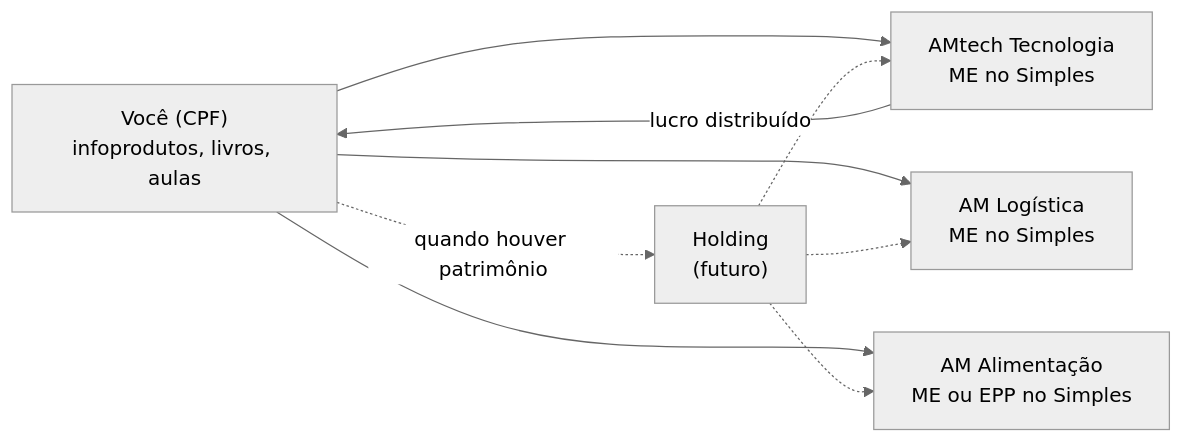
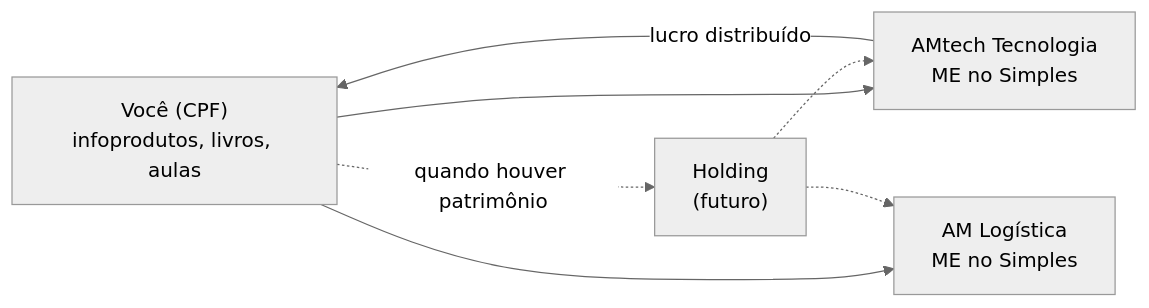
The diagram in docs/negocios/00-estrutura-e-ordem.md (AlanMateus17/dev-setup), drawn with Mermaid (neutral theme) before and after one commit. The commit also changed other lines of this file and 50 other files, not shown here.

````diff
--- a/docs/negocios/00-estrutura-e-ordem.md
+++ b/docs/negocios/00-estrutura-e-ordem.md
@@ -23,11 +22,9 @@
 ```mermaid
 flowchart LR
   CPF["Você (CPF)<br/>infoprodutos, livros, aulas"] --> A["AMtech Tecnologia<br/>ME no Simples"]
   A -->|"lucro distribuído"| CPF
   CPF --> B["AM Logística<br/>ME no Simples"]
-  CPF --> C["AM Alimentação<br/>ME ou EPP no Simples"]
   CPF -.->|"quando houver patrimônio"| H["Holding<br/>(futuro)"]
   H -.-> A
   H -.-> B
-  H -.-> C
 ```
````
